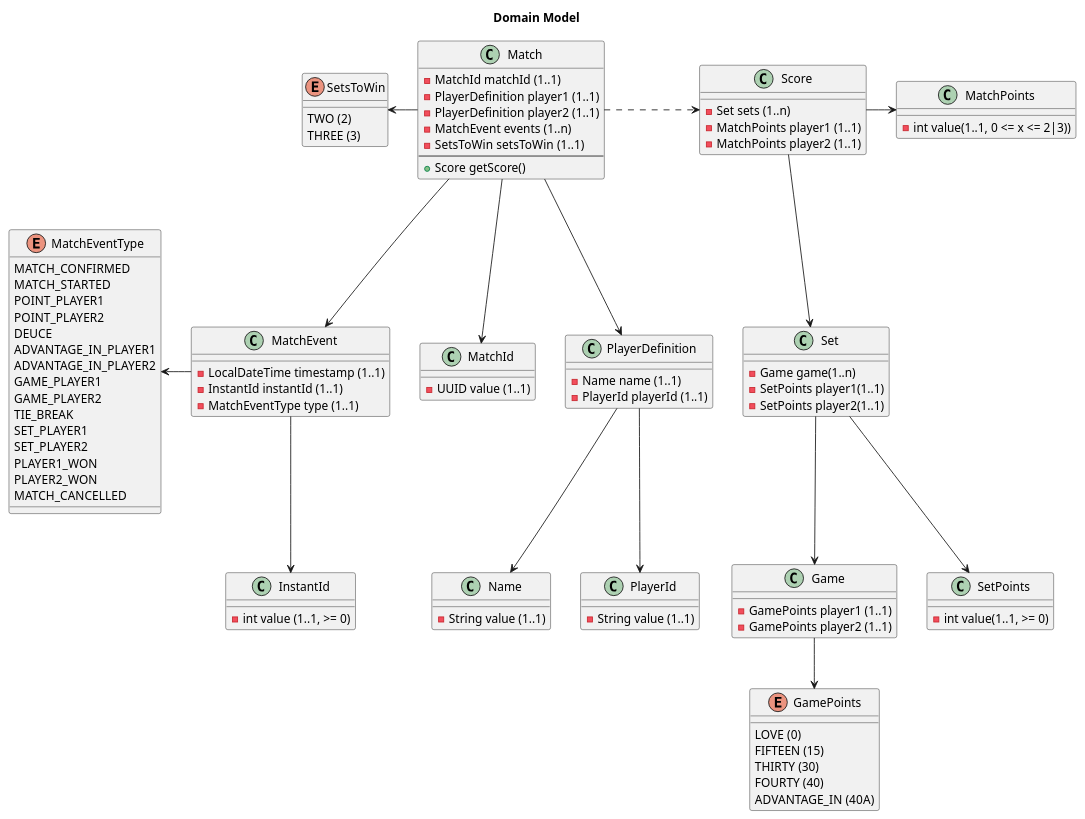
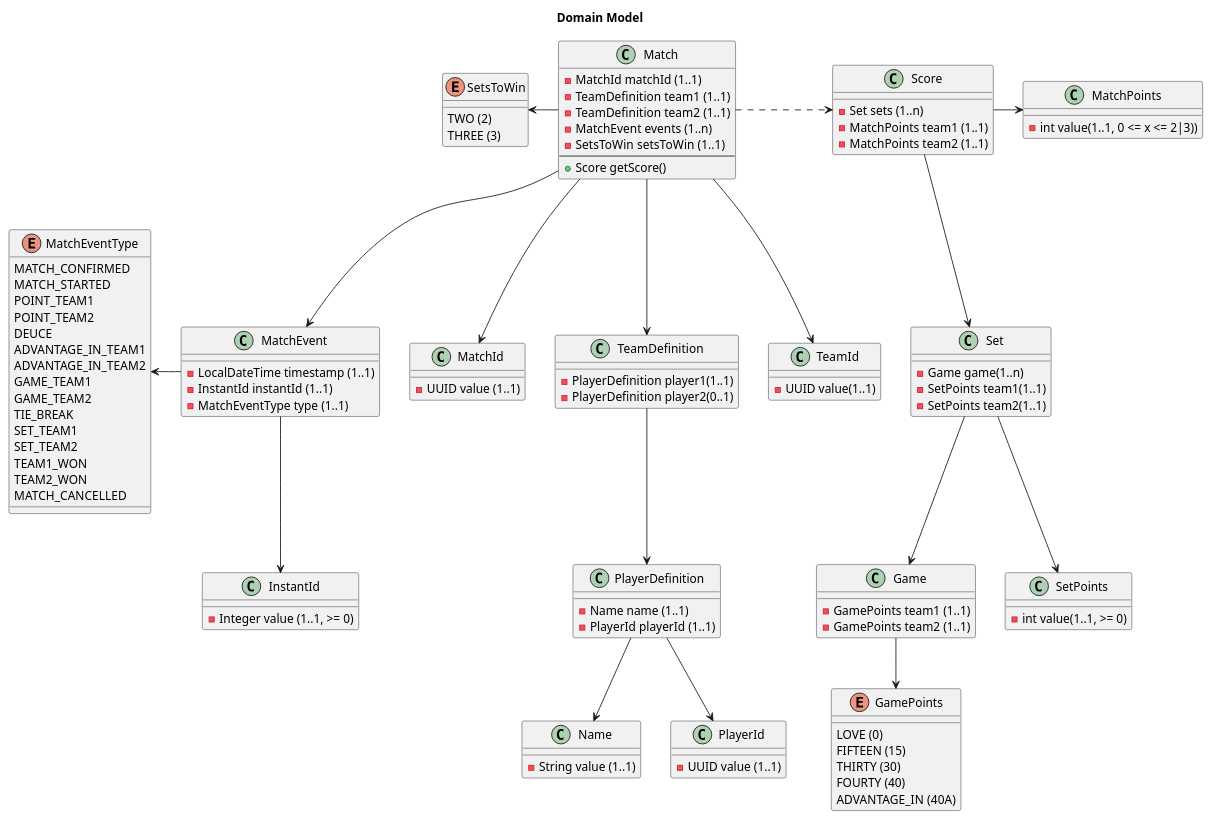
One commit to TristanoSuriani/Tennis-Kata changed the diagram in docs/model.puml. Above: the diagram before and after it, drawn with PlantUML. The commit also changed 23 other files, not shown here.

```diff
--- a/docs/model.puml
+++ b/docs/model.puml
@@ -1,114 +1,125 @@
 @startuml
 
 title Domain Model
 
 class Match {
   -MatchId matchId (1..1)
-  -PlayerDefinition player1 (1..1)
-  -PlayerDefinition player2 (1..1)
+  -TeamDefinition team1 (1..1)
+  -TeamDefinition team2 (1..1)
   -MatchEvent events (1..n)
   -SetsToWin setsToWin (1..1)
   --
   +Score getScore()
 }
 
 class MatchId {
     -UUID value (1..1)
 }
 
 enum SetsToWin {
     TWO (2)
     THREE (3)
 }
 
 class MatchEvent {
     -LocalDateTime timestamp (1..1)
     -InstantId instantId (1..1)
     -MatchEventType type (1..1)
 }
 
 enum MatchEventType {
     MATCH_CONFIRMED
     MATCH_STARTED
-    POINT_PLAYER1
-    POINT_PLAYER2
+    POINT_TEAM1
+    POINT_TEAM2
     DEUCE
-    ADVANTAGE_IN_PLAYER1
-    ADVANTAGE_IN_PLAYER2
-    GAME_PLAYER1
-    GAME_PLAYER2
+    ADVANTAGE_IN_TEAM1
+    ADVANTAGE_IN_TEAM2
+    GAME_TEAM1
+    GAME_TEAM2
     TIE_BREAK
-    SET_PLAYER1
-    SET_PLAYER2
-    PLAYER1_WON
-    PLAYER2_WON
+    SET_TEAM1
+    SET_TEAM2
+    TEAM1_WON
+    TEAM2_WON
     MATCH_CANCELLED
 }
 
 class Score {
     -Set sets (1..n)
-    -MatchPoints player1 (1..1)
-    -MatchPoints player2 (1..1)
+    -MatchPoints team1 (1..1)
+    -MatchPoints team2 (1..1)
 }
 
 class MatchPoints {
     -int value(1..1, 0 <= x <= 2|3))
 }
 
 class Game {
-    -GamePoints player1 (1..1)
-    -GamePoints player2 (1..1)
+    -GamePoints team1 (1..1)
+    -GamePoints team2 (1..1)
 }
 
 enum GamePoints {
     LOVE (0)
     FIFTEEN (15)
     THIRTY (30)
     FOURTY (40)
     ADVANTAGE_IN (40A)
 }
 
 class Set {
     -Game game(1..n)
-    -SetPoints player1(1..1)
-    -SetPoints player2(1..1)
+    -SetPoints team1(1..1)
+    -SetPoints team2(1..1)
 }
 
 class SetPoints {
     -int value(1..1, >= 0)
 }
 
 class PlayerDefinition {
     -Name name (1..1)
     -PlayerId playerId (1..1)
 }
 
+class TeamDefinition {
+    -PlayerDefinition player1(1..1)
+    -PlayerDefinition player2(0..1)
+}
+
 class Name {
     -String value (1..1)
 }
 
+class TeamId {
+    -UUID value(1..1)
+}
+
 class PlayerId {
-    -String value (1..1)
+    -UUID value (1..1)
 }
 
 class InstantId {
-    -int value (1..1, >= 0)
+    -Integer value (1..1, >= 0)
 }
 
 Match -down-> MatchId
 Match -down-> MatchEvent
 Match -left-> SetsToWin
 MatchEvent -left-> MatchEventType
 MatchEvent -down-> InstantId
 
 Match .right-> Score
 Score -down-> Set
 Score -right-> MatchPoints
 Set -down-> Game
 Set -down-> SetPoints
 Game -down-> GamePoints
 
-Match -down-> PlayerDefinition
+Match -down-> TeamDefinition
+Match -down-> TeamId
+TeamDefinition -down-> PlayerDefinition
 PlayerDefinition -down-> Name
 PlayerDefinition -down-> PlayerId
 @enduml
```
